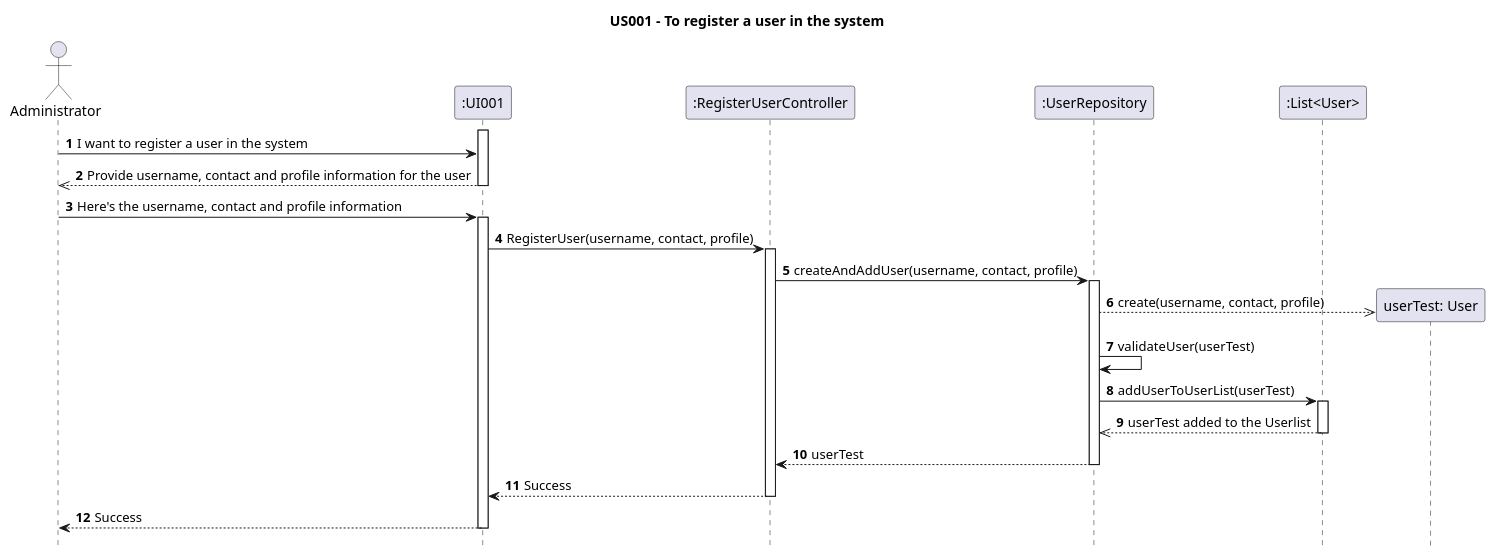
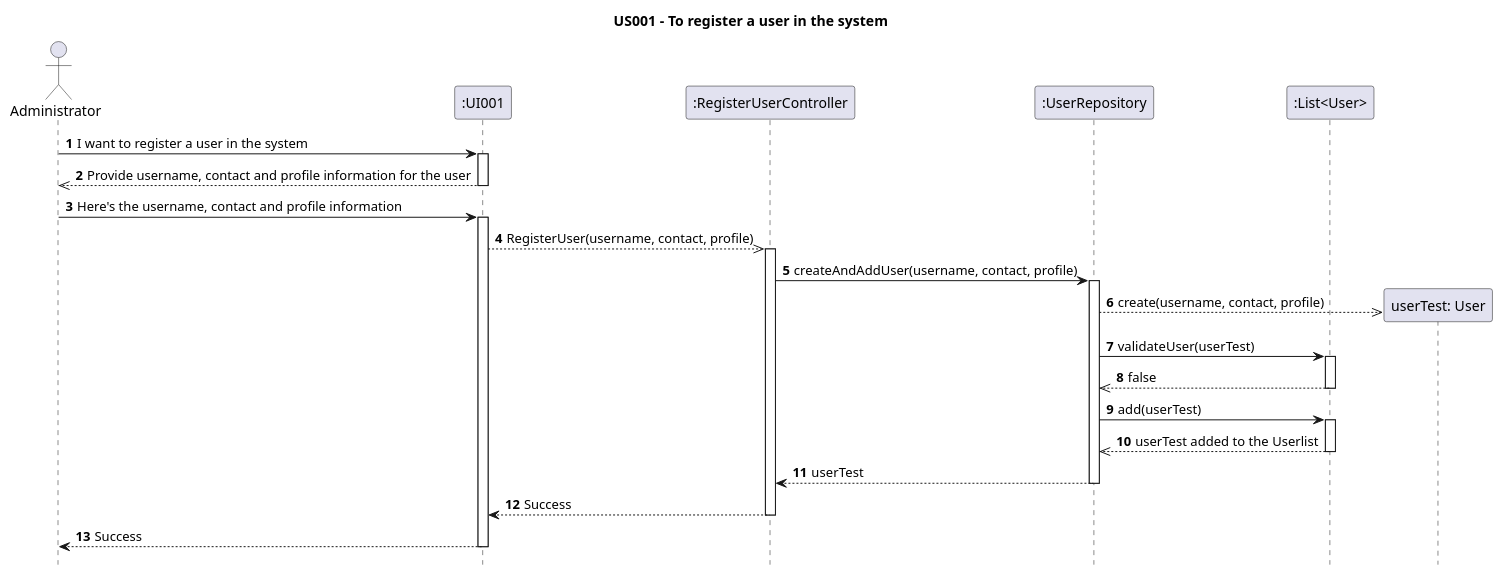
One commit to AndrePereiraGitH/SWitCH-Project-Team_A changed the diagram in Diagrams/SequenceDiagrams/N2/US001-to-register-a-user.puml. Above: the diagram before and after it, drawn with PlantUML. The commit also changed 2 other files, not shown here.

Commit message:
Working on #26 #58, Updating sequence diagram from U004

```diff
--- a/Diagrams/SequenceDiagrams/N2/US001-to-register-a-user.puml
+++ b/Diagrams/SequenceDiagrams/N2/US001-to-register-a-user.puml
@@ -1,57 +1,60 @@
 @startuml
 
 hide footbox
 autonumber
 
 title US001 - To register a user in the system
 
 actor Administrator
 participant ":UI001" as UI
 
 participant ":RegisterUserController" as RegisterUserController
 
 participant ":UserRepository" as UserRepository
 
 participant ":List<User>"
 
 ' Human contact between Administrator and UI
+Administrator -> UI : I want to register a user in the system
 activate UI
-Administrator -> UI : I want to register a user in the system
 UI -->> Administrator :  Provide username, contact and profile information for the user
 deactivate UI
 
 Administrator -> UI :  Here's the username, contact and profile information
 
 activate UI
 ' First contact between UI and the System
-UI -> RegisterUserController : RegisterUser(username, contact, profile)
+UI -->> RegisterUserController : RegisterUser(username, contact, profile)
 activate RegisterUserController
 
 RegisterUserController -> UserRepository : createAndAddUser(username, contact, profile)
 
 activate UserRepository
 ' Creation of u1 instance from User class
 create "userTest: User" as User
 
 ' Creation, validation and addition
 UserRepository -->> User : create(username, contact, profile)
-UserRepository -> UserRepository : validateUser(userTest)
-UserRepository -> ":List<User>" : addUserToUserList(userTest)
+UserRepository -> ":List<User>"  : validateUser(userTest)
+activate ":List<User>"
+":List<User>" -->> UserRepository : false
+deactivate ":List<User>"
 
+UserRepository -> ":List<User>" : add(userTest)
 activate ":List<User>"
 ":List<User>" -->> UserRepository : userTest added to the Userlist
-deactivate
+deactivate ":List<User>"
 
 ' Return from UserRepository to RegisterUserController
 UserRepository --> RegisterUserController : userTest
 deactivate UserRepository
 
 ' Return from RegisterUserController to UI
 RegisterUserController --> UI : Success
 deactivate RegisterUserController
 
 ' Return from UI to Administrator
 UI --> Administrator : Success
 deactivate UI
 
 @enduml
```
